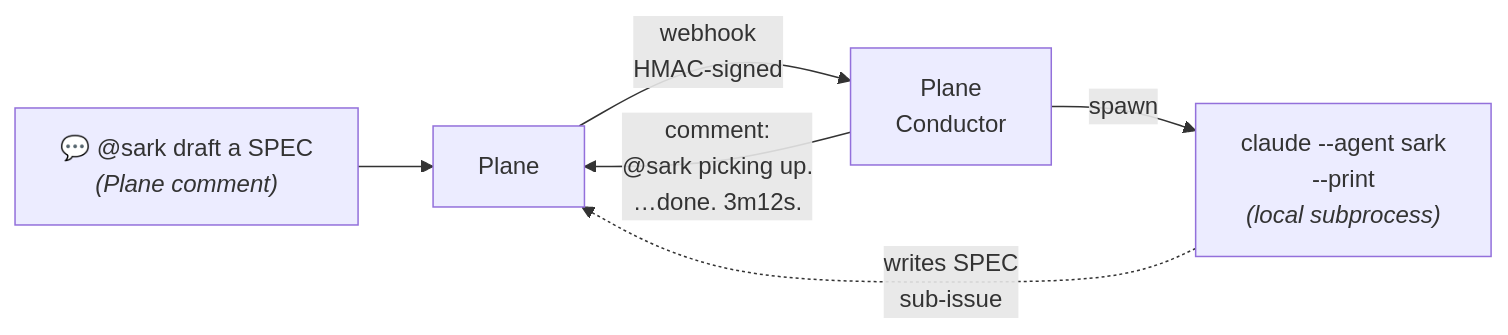
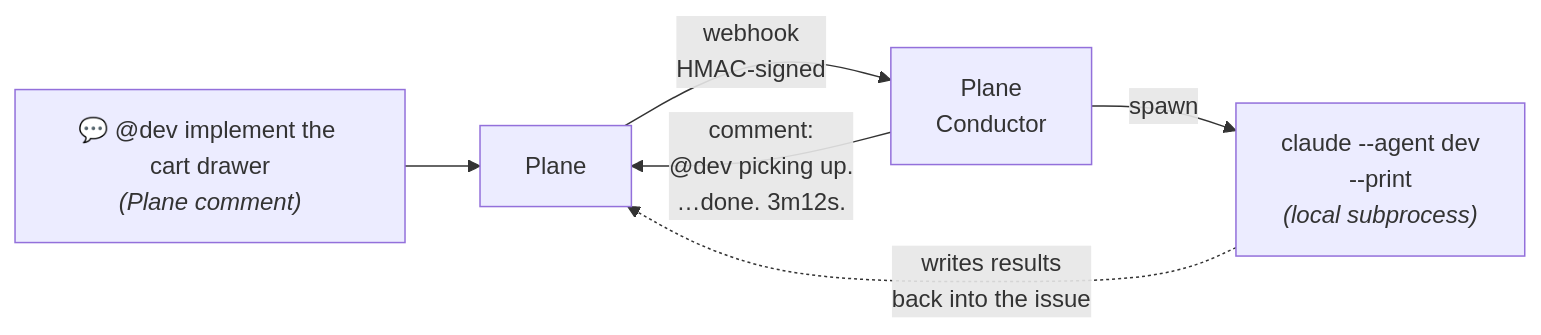
One commit to volodchenkov/plane-conductor changed the diagram in README.md. Above: the diagram before and after it, drawn with Mermaid. The commit also changed other lines of this file and 1 other file, not shown here.

First line of the commit message:
docs: replace @sark example with @dev in README + architecture

````diff
--- a/README.md
+++ b/README.md
@@ -14,13 +14,13 @@
 ```mermaid
 flowchart LR
-    Human["💬 @sark draft a SPEC<br/><i>(Plane comment)</i>"]
+    Human["💬 @dev implement the cart drawer<br/><i>(Plane comment)</i>"]
     Plane[Plane]
     Conductor["Plane<br/>Conductor"]
-    Claude["claude --agent sark<br/>--print<br/><i>(local subprocess)</i>"]
+    Claude["claude --agent dev<br/>--print<br/><i>(local subprocess)</i>"]
 
     Human --> Plane
     Plane -->|webhook<br/>HMAC-signed| Conductor
     Conductor -->|spawn| Claude
-    Claude -.->|writes SPEC<br/>sub-issue| Plane
-    Conductor -->|"comment:<br/>@sark picking up.<br/>…done. 3m12s."| Plane
+    Claude -.->|writes results<br/>back into the issue| Plane
+    Conductor -->|"comment:<br/>@dev picking up.<br/>…done. 3m12s."| Plane
 ```
````
